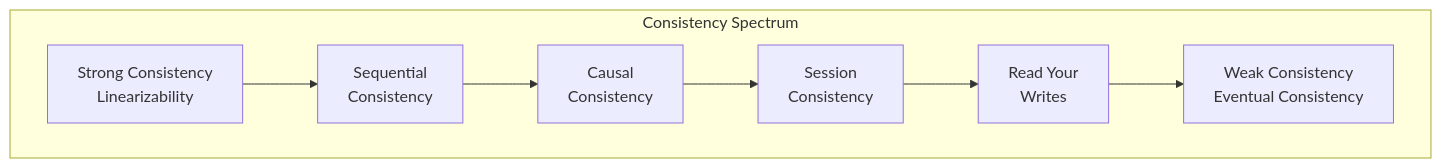
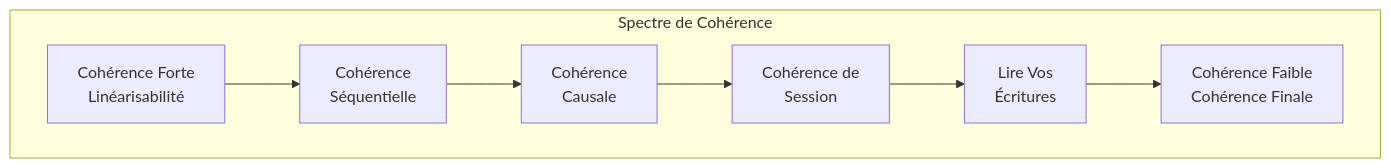
Before and after one commit to dardourimohamed/distributed-systems-course: the ninth of 12 diagrams in src/data-store/02-cap-theorem.md, drawn with Mermaid. The commit also changed other lines of this file and 38 other files, not shown here.

````diff
--- a/src/data-store/02-cap-theorem.md
+++ b/src/data-store/02-cap-theorem.md
@@ -246,13 +246,13 @@
 ```mermaid
 graph TB
-    subgraph "Consistency Spectrum"
-        Strong["Strong Consistency<br/>Linearizability"]
-        Weak["Weak Consistency<br/>Eventual Consistency"]
+    subgraph "Spectre de Cohérence"
+        Strong["Cohérence Forte<br/>Linéarisabilité"]
+        Weak["Cohérence Faible<br/>Cohérence Finale"]
 
-        Strong --> S1["Sequential<br/>Consistency"]
-        S1 --> S2["Causal<br/>Consistency"]
-        S2 --> S3["Session<br/>Consistency"]
-        S3 --> S4["Read Your<br/>Writes"]
+        Strong --> S1["Cohérence<br/>Séquentielle"]
+        S1 --> S2["Cohérence<br/>Causale"]
+        S2 --> S3["Cohérence de<br/>Session"]
+        S3 --> S4["Lire Vos<br/>Écritures"]
         S4 --> Weak
     end
 ```
````
